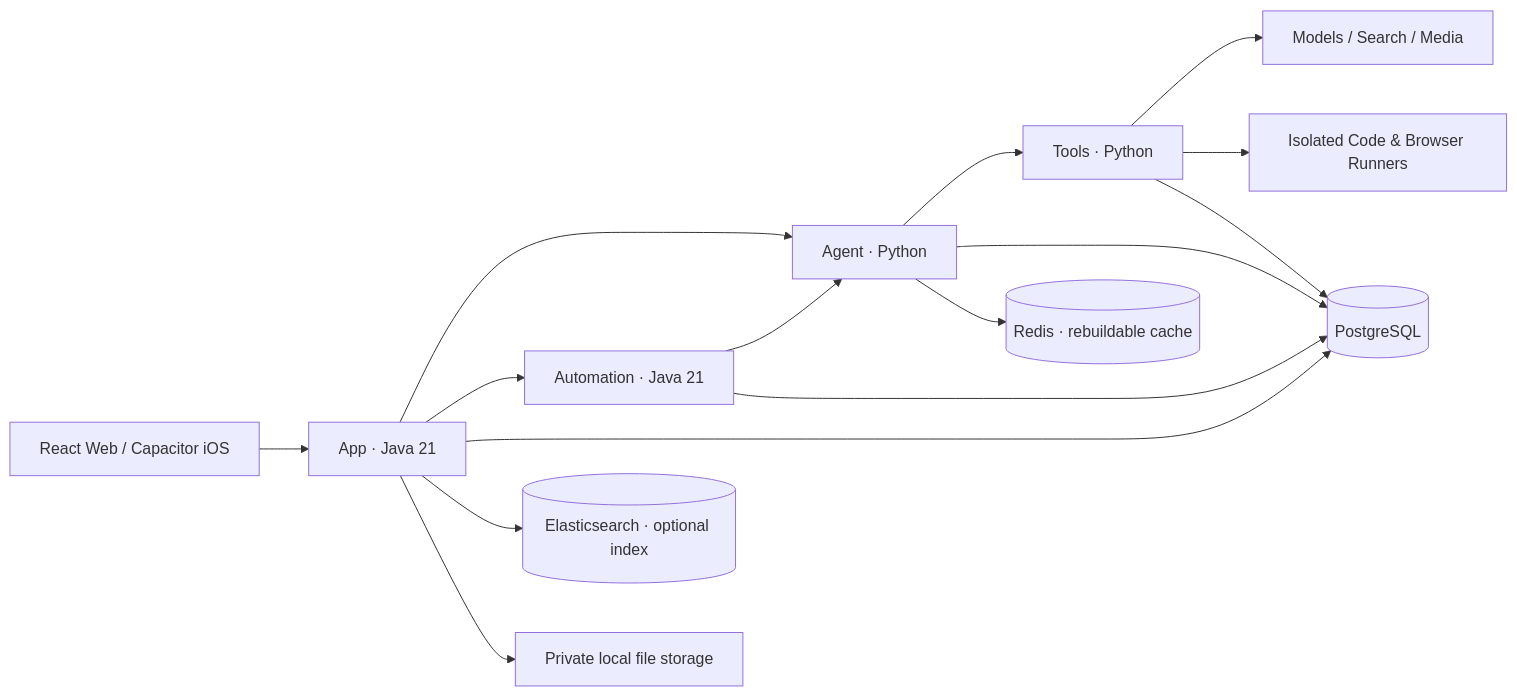
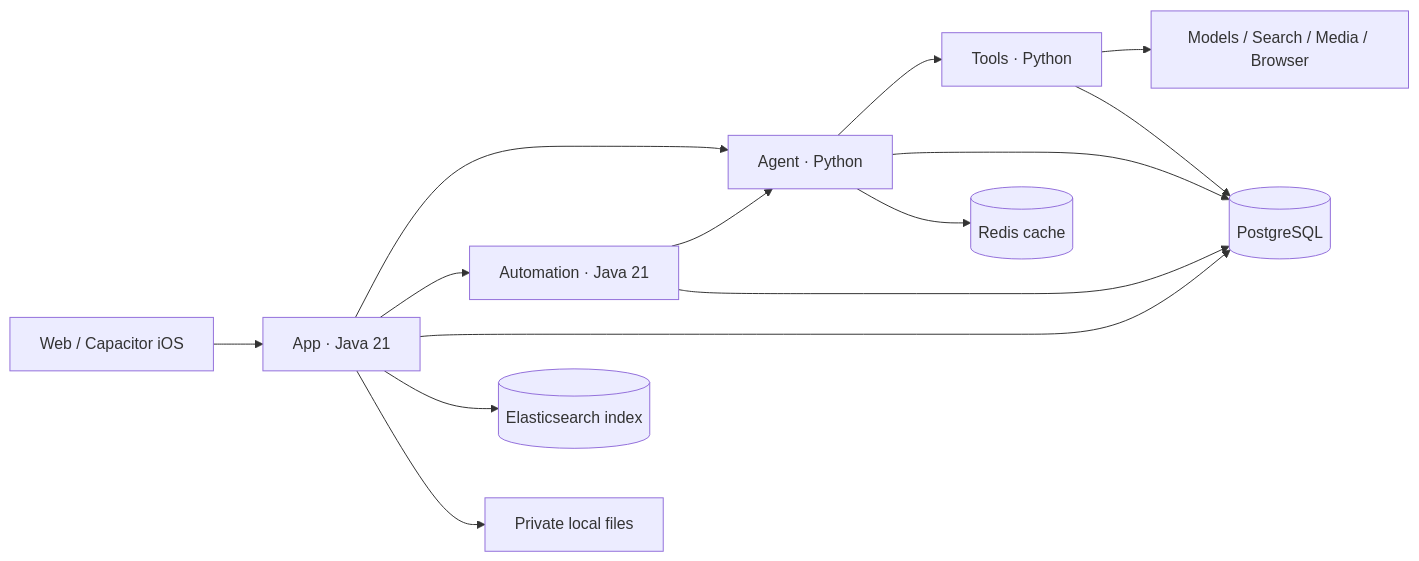
Before and after one commit to jiamingze/Adex: the diagram in README.md, drawn with Mermaid. The commit also changed other lines of this file and 16 other files, not shown here.

````diff
--- a/README.md
+++ b/README.md
@@ -118,17 +85,16 @@
 ```mermaid
 flowchart LR
-  UI[React Web / Capacitor iOS] --> App[App · Java 21]
+  UI[Web / Capacitor iOS] --> App[App · Java 21]
   App --> Agent[Agent · Python]
   App --> Auto[Automation · Java 21]
   Auto --> Agent
   Agent --> Tools[Tools · Python]
-  Tools --> Providers[Models / Search / Media]
-  Tools --> Runner[Isolated Code & Browser Runners]
+  Tools --> Providers[Models / Search / Media / Browser]
   App --> PG[(PostgreSQL)]
   Auto --> PG
   Agent --> PG
   Tools --> PG
-  Agent --> Redis[(Redis · rebuildable cache)]
-  App --> ES[(Elasticsearch · optional index)]
-  App --> Files[Private local file storage]
+  Agent --> Redis[(Redis cache)]
+  App --> ES[(Elasticsearch index)]
+  App --> Files[Private local files]
 ```
````
